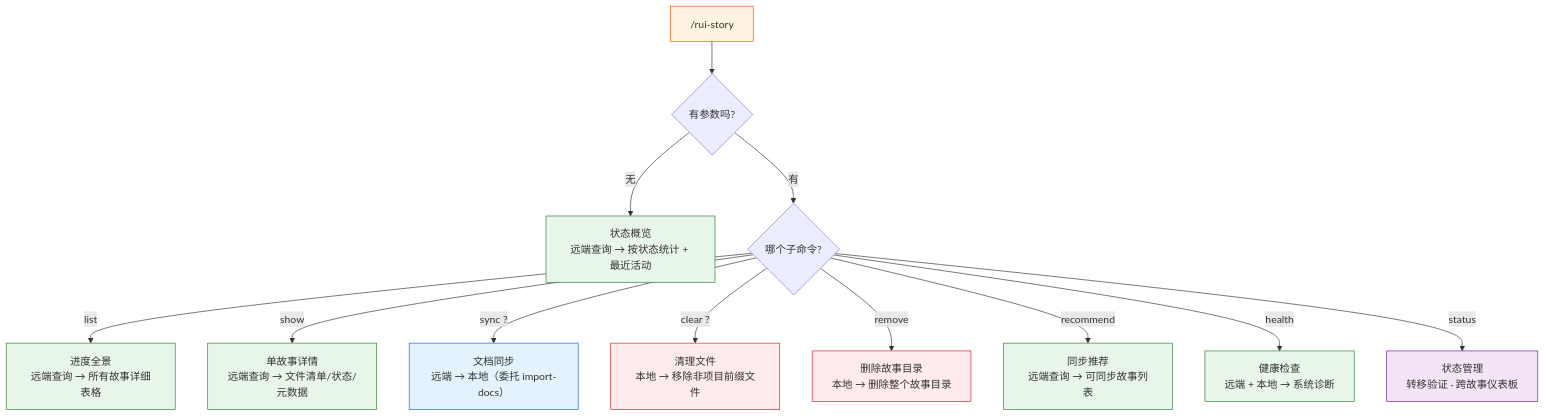
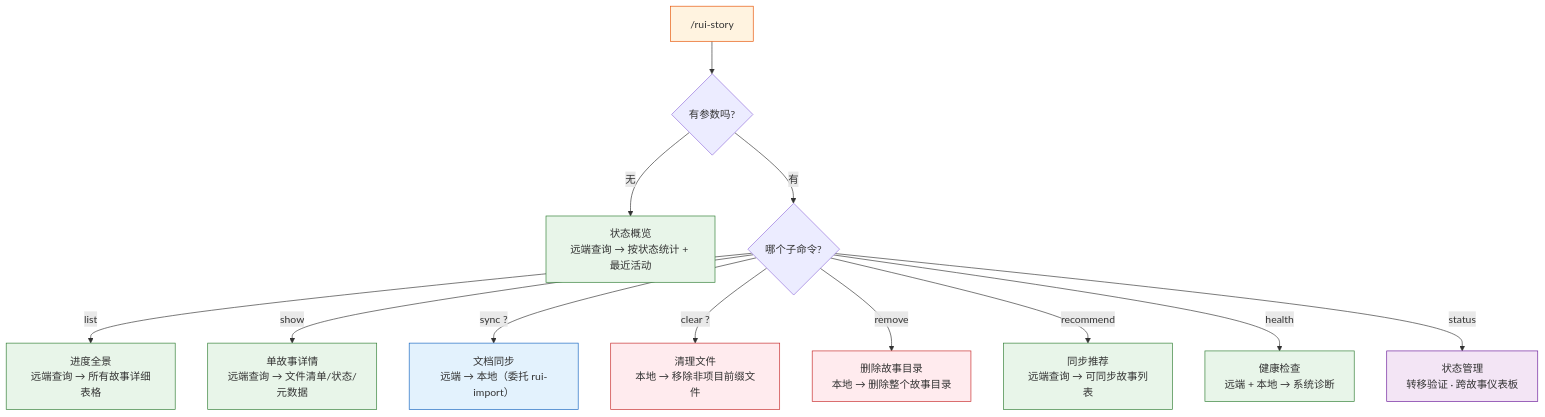
The first of 15 diagrams in skills/rui-story/SKILL.md (effiy/YrY), drawn with Mermaid before and after one commit. The commit also changed other lines of this file and 41 other files, not shown here.

````diff
--- a/skills/rui-story/SKILL.md
+++ b/skills/rui-story/SKILL.md
@@ -20,20 +20,20 @@
 ```mermaid
 flowchart TD
     ENTRY["/rui-story"]:::entry --> Q1{"有参数吗?"}
     Q1 -->|"无"| OVERVIEW["状态概览<br/>远端查询 → 按状态统计 + 最近活动"]:::read
     Q1 -->|"有"| Q2{"哪个子命令?"}
     Q2 -->|"list"| LIST["进度全景<br/>远端查询 → 所有故事详细表格"]:::read
     Q2 -->|"show <name>"| SHOW["单故事详情<br/>远端查询 → 文件清单/状态/元数据"]:::read
-    Q2 -->|"sync <name>?"| SYNC["文档同步<br/>远端 → 本地（委托 import-docs）"]:::write
+    Q2 -->|"sync <name>?"| SYNC["文档同步<br/>远端 → 本地（委托 rui-import）"]:::write
     Q2 -->|"clear <name>?"| CLEAR["清理文件<br/>本地 → 移除非项目前缀文件"]:::danger
     Q2 -->|"remove <name>"| REMOVE["删除故事目录<br/>本地 → 删除整个故事目录"]:::danger
     Q2 -->|"recommend"| RECOMMEND["同步推荐<br/>远端查询 → 可同步故事列表"]:::read
     Q2 -->|"health"| HEALTH["健康检查<br/>远端 + 本地 → 系统诊断"]:::read
     Q2 -->|"status"| STATUS["状态管理<br/>转移验证 · 跨故事仪表板"]:::diag
 
     classDef entry fill:#fff3e0,stroke:#e65100;
     classDef read fill:#e8f5e9,stroke:#2e7d32;
     classDef write fill:#e3f2fd,stroke:#1565c0;
     classDef danger fill:#ffebee,stroke:#c62828;
     classDef diag fill:#f3e5f5,stroke:#6a1b9a;
 ```
````
